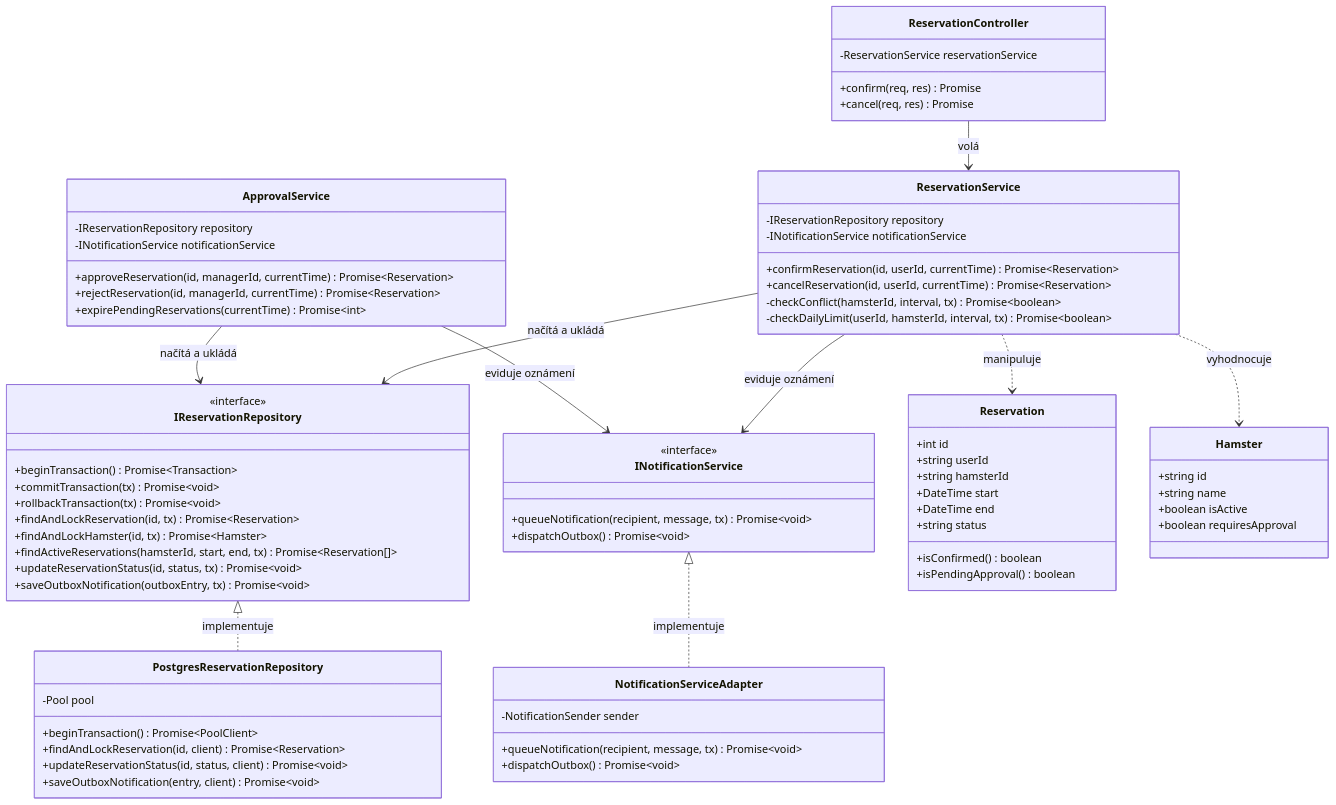
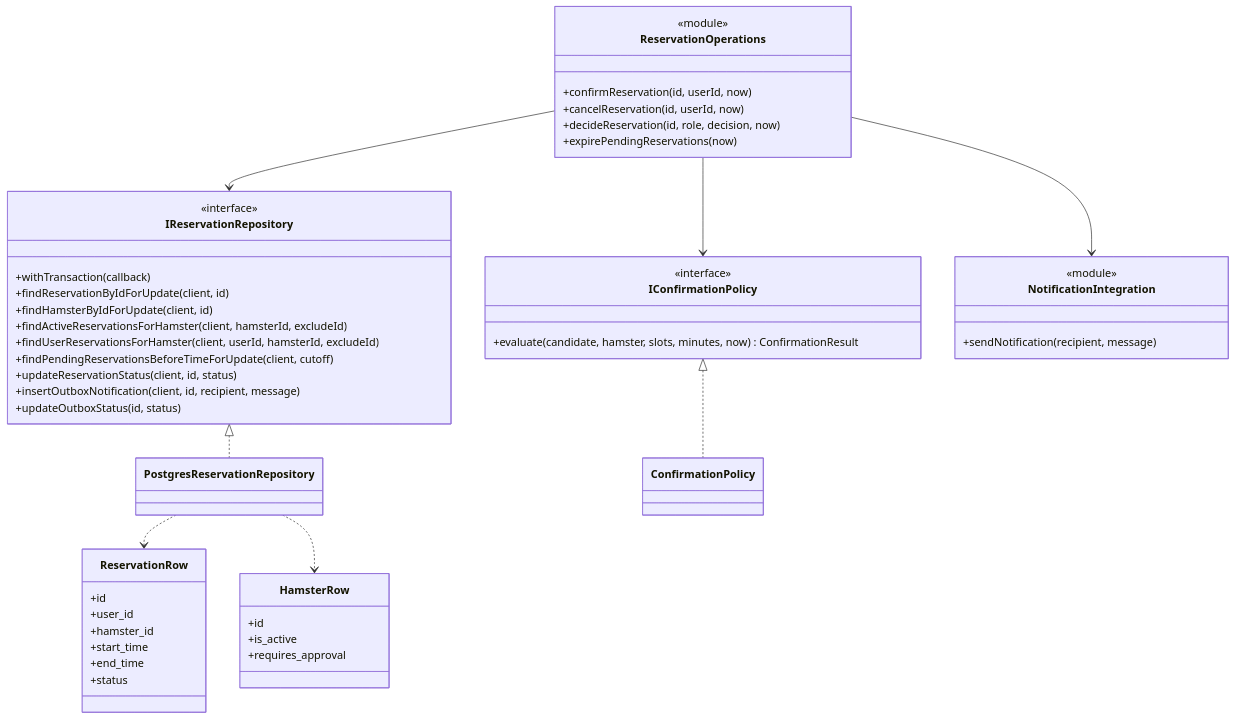
One commit to tomaskirnig/SWI_2027 changed the sixth of 8 diagrams in docs/architecture-and-decisions.md. Above: the diagram before and after it, drawn with Mermaid. The commit also changed other lines of this file and 12 other files, not shown here.

````diff
--- a/docs/architecture-and-decisions.md
+++ b/docs/architecture-and-decisions.md
@@ -774,87 +701,52 @@
 ```mermaid
 classDiagram
-    class ReservationController {
-        -ReservationService reservationService
-        +confirm(req, res) Promise
-        +cancel(req, res) Promise
+    class ReservationOperations {
+        <<module>>
+        +confirmReservation(id, userId, now)
+        +cancelReservation(id, userId, now)
+        +decideReservation(id, role, decision, now)
+        +expirePendingReservations(now)
     }
-
-    class ReservationService {
-        -IReservationRepository repository
-        -INotificationService notificationService
-        +confirmReservation(id, userId, currentTime) Promise~Reservation~
-        +cancelReservation(id, userId, currentTime) Promise~Reservation~
-        -checkConflict(hamsterId, interval, tx) Promise~boolean~
-        -checkDailyLimit(userId, hamsterId, interval, tx) Promise~boolean~
-    }
-
-    class ApprovalService {
-        -IReservationRepository repository
-        -INotificationService notificationService
-        +approveReservation(id, managerId, currentTime) Promise~Reservation~
-        +rejectReservation(id, managerId, currentTime) Promise~Reservation~
-        +expirePendingReservations(currentTime) Promise~int~
-    }
-
     class IReservationRepository {
         <<interface>>
-        +beginTransaction() Promise~Transaction~
-        +commitTransaction(tx) Promise~void~
-        +rollbackTransaction(tx) Promise~void~
-        +findAndLockReservation(id, tx) Promise~Reservation~
-        +findAndLockHamster(id, tx) Promise~Hamster~
-        +findActiveReservations(hamsterId, start, end, tx) Promise~Reservation[]~
-        +updateReservationStatus(id, status, tx) Promise~void~
-        +saveOutboxNotification(outboxEntry, tx) Promise~void~
+        +withTransaction(callback)
+        +findReservationByIdForUpdate(client, id)
+        +findHamsterByIdForUpdate(client, id)
+        +findActiveReservationsForHamster(client, hamsterId, excludeId)
+        +findUserReservationsForHamster(client, userId, hamsterId, excludeId)
+        +findPendingReservationsBeforeTimeForUpdate(client, cutoff)
+        +updateReservationStatus(client, id, status)
+        +insertOutboxNotification(client, id, recipient, message)
+        +updateOutboxStatus(id, status)
     }
-
-    class PostgresReservationRepository {
-        -Pool pool
-        +beginTransaction() Promise~PoolClient~
-        +findAndLockReservation(id, client) Promise~Reservation~
-        +updateReservationStatus(id, status, client) Promise~void~
-        +saveOutboxNotification(entry, client) Promise~void~
+    class PostgresReservationRepository
+    class IConfirmationPolicy {
+        <<interface>>
+        +evaluate(candidate, hamster, slots, minutes, now) ConfirmationResult
     }
-
-    class INotificationService {
-        <<interface>>
-        +queueNotification(recipient, message, tx) Promise~void~
-        +dispatchOutbox() Promise~void~
+    class ConfirmationPolicy
+    class NotificationIntegration {
+        <<module>>
+        +sendNotification(recipient, message)
     }
-
-    class NotificationServiceAdapter {
-        -NotificationSender sender
-        +queueNotification(recipient, message, tx) Promise~void~
-        +dispatchOutbox() Promise~void~
+    class ReservationRow {
+        +id
+        +user_id
+        +hamster_id
+        +start_time
+        +end_time
+        +status
     }
-
-    class Reservation {
-        +int id
-        +string userId
-        +string hamsterId
-        +DateTime start
-        +DateTime end
-        +string status
-        +isConfirmed() boolean
-        +isPendingApproval() boolean
+    class HamsterRow {
+        +id
+        +is_active
+        +requires_approval
     }
-
-    class Hamster {
-        +string id
-        +string name
-        +boolean isActive
-        +boolean requiresApproval
-    }
-
-    ReservationController --> ReservationService : volá
-    ReservationService --> IReservationRepository : načítá a ukládá
-    ReservationService --> INotificationService : eviduje oznámení
-    ApprovalService --> IReservationRepository : načítá a ukládá
-    ApprovalService --> INotificationService : eviduje oznámení
-
-    IReservationRepository <|.. PostgresReservationRepository : implementuje
-    INotificationService <|.. NotificationServiceAdapter : implementuje
-
-    ReservationService ..> Reservation : manipuluje
-    ReservationService ..> Hamster : vyhodnocuje
+    IReservationRepository <|.. PostgresReservationRepository
+    IConfirmationPolicy <|.. ConfirmationPolicy
+    ReservationOperations --> IReservationRepository
+    ReservationOperations --> IConfirmationPolicy
+    ReservationOperations --> NotificationIntegration
+    PostgresReservationRepository ..> ReservationRow
+    PostgresReservationRepository ..> HamsterRow
 ```
````
